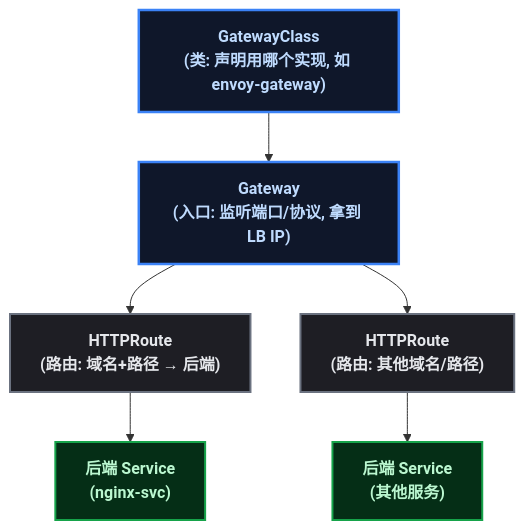
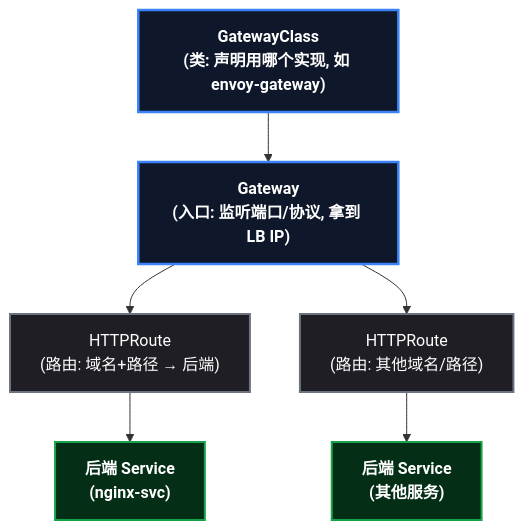
One commit to yaocat55/yaocat55.github.io changed the first of 2 diagrams in content/posts/kubernetes/GatewayApiPractice.md. Above: the diagram before and after it, drawn with Mermaid. The commit also changed other lines of this file and 27 other files, not shown here.

Commit message:
docs: 全系列 93 张 Mermaid 图 classDef 改为 style 强制深底白字(修复部分渲染器白底浅字)+历史文件格式清理

````diff
--- a/content/posts/kubernetes/GatewayApiPractice.md
+++ b/content/posts/kubernetes/GatewayApiPractice.md
@@ -48,24 +48,23 @@
 ```mermaid
 %% Gateway API 三级资源模型: 类 → 网关 → 路由 → 后端服务
 flowchart TD
-    classDef root fill:#0f172a,stroke:#3b82f6,stroke-width:2.5px,color:#bfdbfe,font-weight:bold;
-    classDef process fill:#1e1e24,stroke:#6b7280,stroke-width:2px,color:#e5e7eb;
-    classDef data fill:#052e16,stroke:#16a34a,stroke-width:2px,color:#bbf7d0,font-weight:bold;
 
     GC["GatewayClass\n(类: 声明用哪个实现, 如 envoy-gateway)"]
     G["Gateway\n(入口: 监听端口/协议, 拿到 LB IP)"]
     R1["HTTPRoute\n(路由: 域名+路径 → 后端)"]
     R2["HTTPRoute\n(路由: 其他域名/路径)"]
     S1["后端 Service\n(nginx-svc)"]
     S2["后端 Service\n(其他服务)"]
 
     GC --> G
     G --> R1
     G --> R2
     R1 --> S1
     R2 --> S2
-
-    class GC,G root;
-    class R1,R2 process;
-    class S1,S2 data;
+    style GC fill:#0f172a,stroke:#3b82f6,stroke-width:2.5px,color:#ffffff,font-weight:bold
+    style G fill:#0f172a,stroke:#3b82f6,stroke-width:2.5px,color:#ffffff,font-weight:bold
+    style R1 fill:#1e1e24,stroke:#6b7280,stroke-width:2px,color:#ffffff
+    style R2 fill:#1e1e24,stroke:#6b7280,stroke-width:2px,color:#ffffff
+    style S1 fill:#052e16,stroke:#16a34a,stroke-width:2px,color:#ffffff,font-weight:bold
+    style S2 fill:#052e16,stroke:#16a34a,stroke-width:2px,color:#ffffff,font-weight:bold
 ```
````
